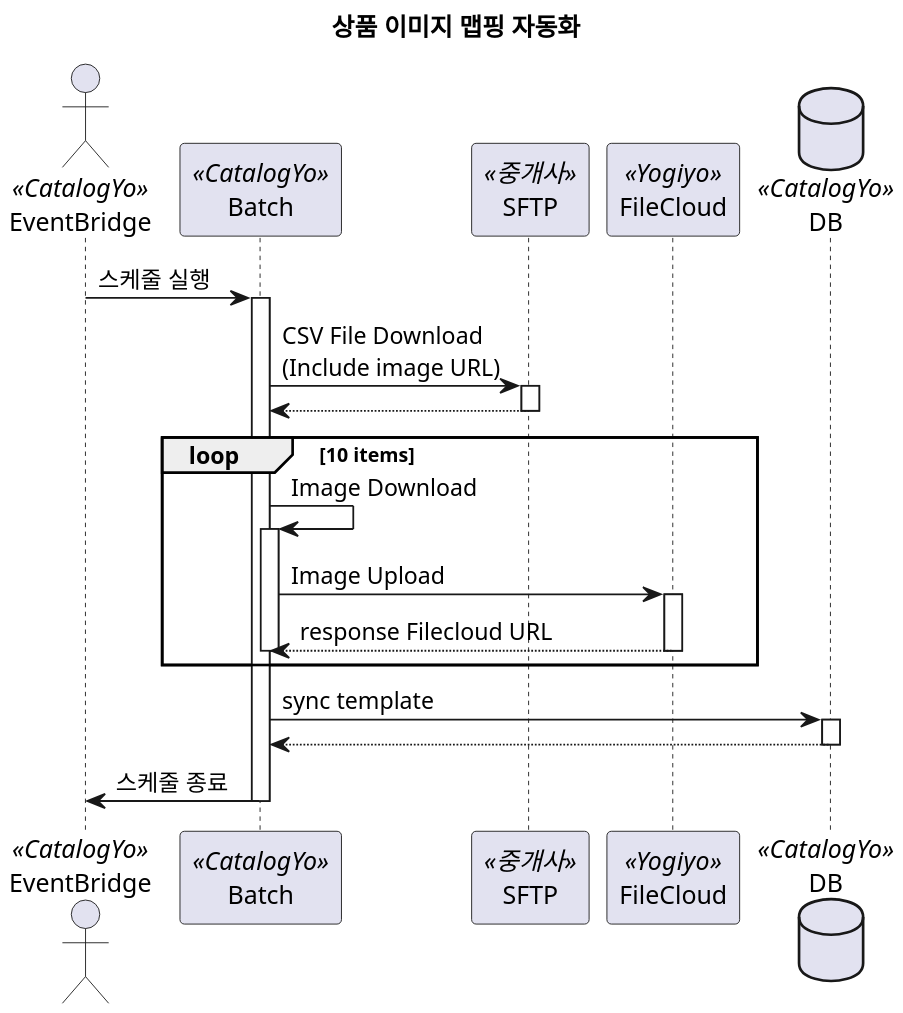
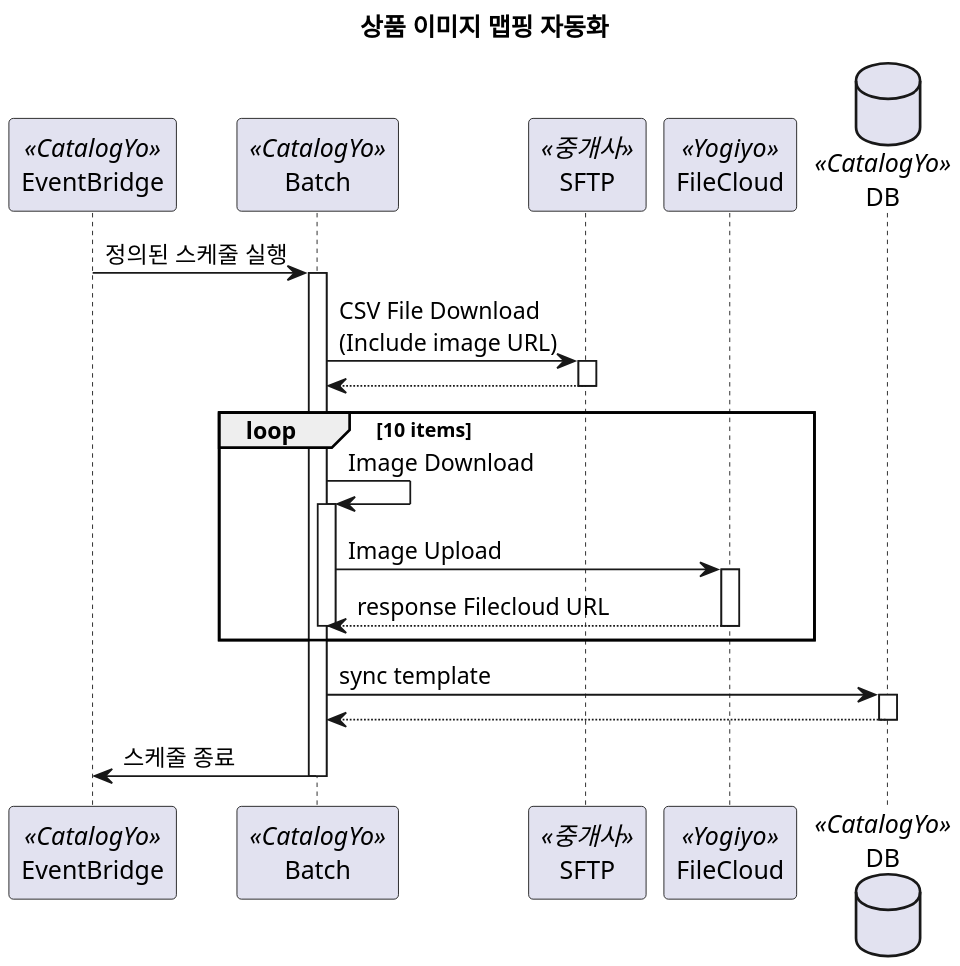
The diagram in file-cloud-sequence.plantuml (koo-bonsoo/plantuml), drawn with PlantUML before and after one commit. The commit also changed 1 other file, not shown here.

```diff
--- a/file-cloud-sequence.plantuml
+++ b/file-cloud-sequence.plantuml
@@ -1,45 +1,45 @@
 @startuml 상품 이미지 맵핑 자동화
 skinparam defaultFontName D2Coding
 
 scale 2
 title 상품 이미지 맵핑 자동화
 
-actor EventBridge<<CatalogYo>>
+participant EventBridge<<CatalogYo>>
 participant Batch<<CatalogYo>>
 participant SFTP<<중개사>>
 participant FileCloud<<Yogiyo>>
 database DB<<CatalogYo>>
 
-EventBridge -> Batch : 스케줄 실행
+EventBridge -> Batch : 정의된 스케줄 실행
 activate Batch
 
 Batch -> SFTP : CSV File Download\n(Include image URL)
 activate SFTP
 
 SFTP --> Batch
 deactivate SFTP
 
 loop 10 items
     Batch -> Batch : Image Download
     activate Batch
 
     Batch -> FileCloud : Image Upload
     activate FileCloud
 
     FileCloud --> Batch : response Filecloud URL
     deactivate FileCloud
     deactivate Batch
 end
 
 Batch -> DB : sync template
 activate DB
 
 DB --> Batch
 deactivate DB
 
 
 Batch -> EventBridge : 스케줄 종료
 deactivate Batch
 
 
 @enduml
```
